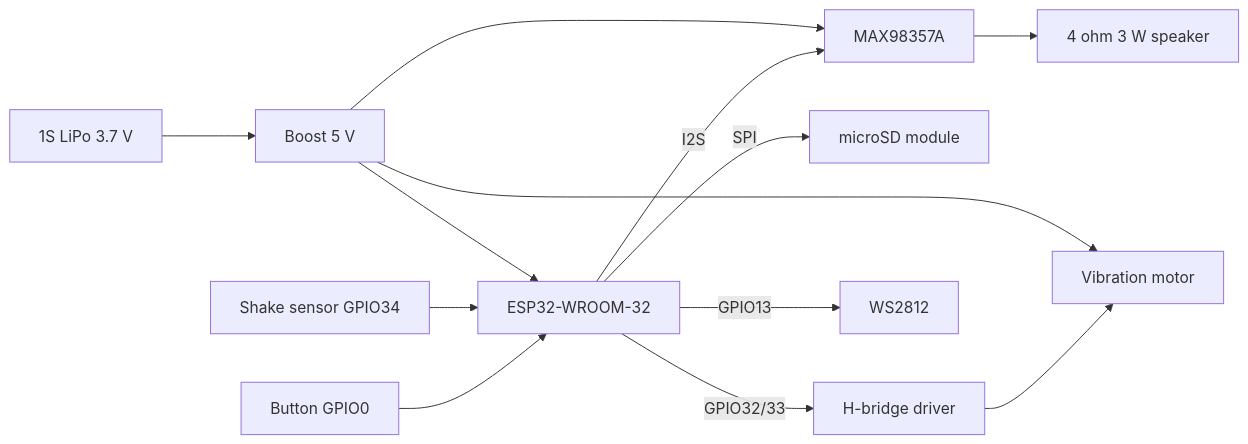
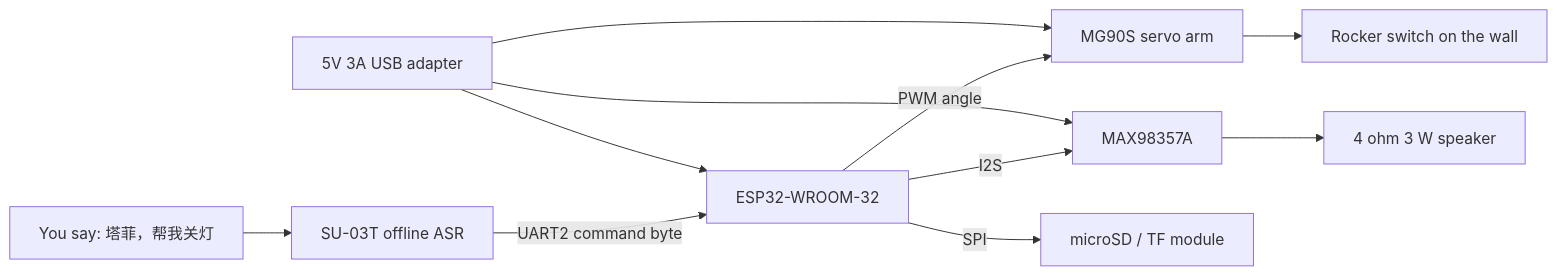
The diagram in hardware/README.md (aDarkMaker/TaffyWaku), drawn with Mermaid before and after one commit. The commit also changed other lines of this file and 3 other files, not shown here.

Commit message:
docs(hardware): rewrite for rocker switch flipper

````diff
--- a/hardware/README.md
+++ b/hardware/README.md
@@ -8,15 +6,13 @@
 ```mermaid
 flowchart LR
-  Button["Button GPIO0"] --> Esp32["ESP32-WROOM-32"]
-  Shake["Shake sensor GPIO34"] --> Esp32
+  User["You say: 塔菲，帮我关灯"] --> Mic["SU-03T offline ASR"]
+  Mic -->|"UART2 command byte"| Esp32["ESP32-WROOM-32"]
+  Esp32 -->|"PWM angle"| Servo["MG90S servo arm"]
+  Servo --> Rocker["Rocker switch on the wall"]
   Esp32 -->|"I2S"| Amp["MAX98357A"]
   Amp --> Speaker["4 ohm 3 W speaker"]
-  Esp32 -->|"SPI"| Sd["microSD module"]
-  Esp32 -->|"GPIO32/33"| Driver["H-bridge driver"]
-  Driver --> Motor["Vibration motor"]
-  Esp32 -->|"GPIO13"| Led["WS2812"]
-  Battery["1S LiPo 3.7 V"] --> Boost["Boost 5 V"]
-  Boost --> Esp32
-  Boost --> Amp
-  Boost --> Motor
+  Esp32 -->|"SPI"| Sd["microSD / TF module"]
+  Psu["5V 3A USB adapter"] --> Esp32
+  Psu --> Servo
+  Psu --> Amp
 ```
````
